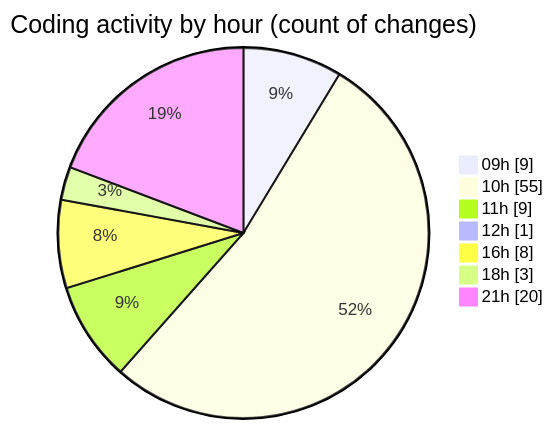
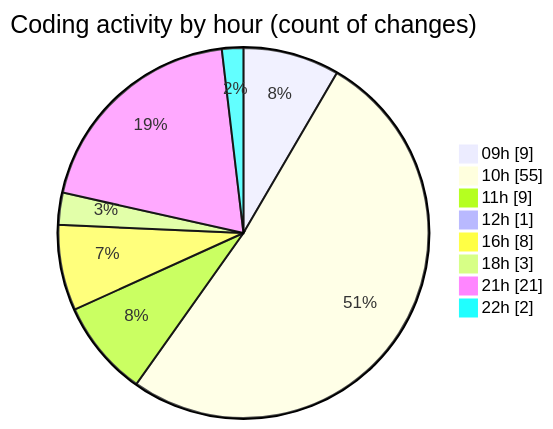
One commit to robertbonfada/code-tracking changed the second of 2 diagrams in 2025-03-04/termonied_testador/README.md. Above: the diagram before and after it, drawn with Mermaid. The commit also changed other lines of this file and 1 other file, not shown here.

````diff
--- a/2025-03-04/termonied_testador/README.md
+++ b/2025-03-04/termonied_testador/README.md
@@ -47,11 +47,12 @@
 ```mermaid
 pie showData
 title Coding activity by hour (count of changes)
 "09h" : 9
 "10h" : 55
 "11h" : 9
 "12h" : 1
 "16h" : 8
 "18h" : 3
-"21h" : 20
+"21h" : 21
+"22h" : 2
 ```
````
